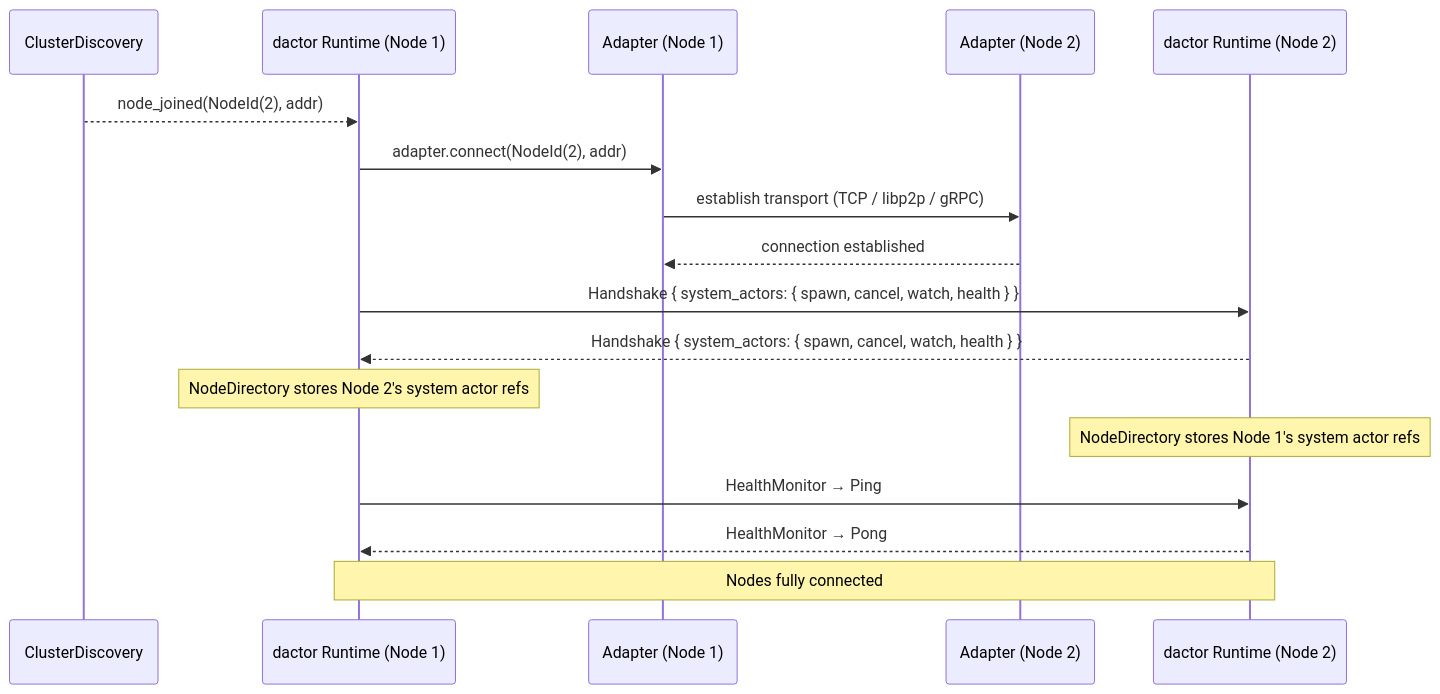
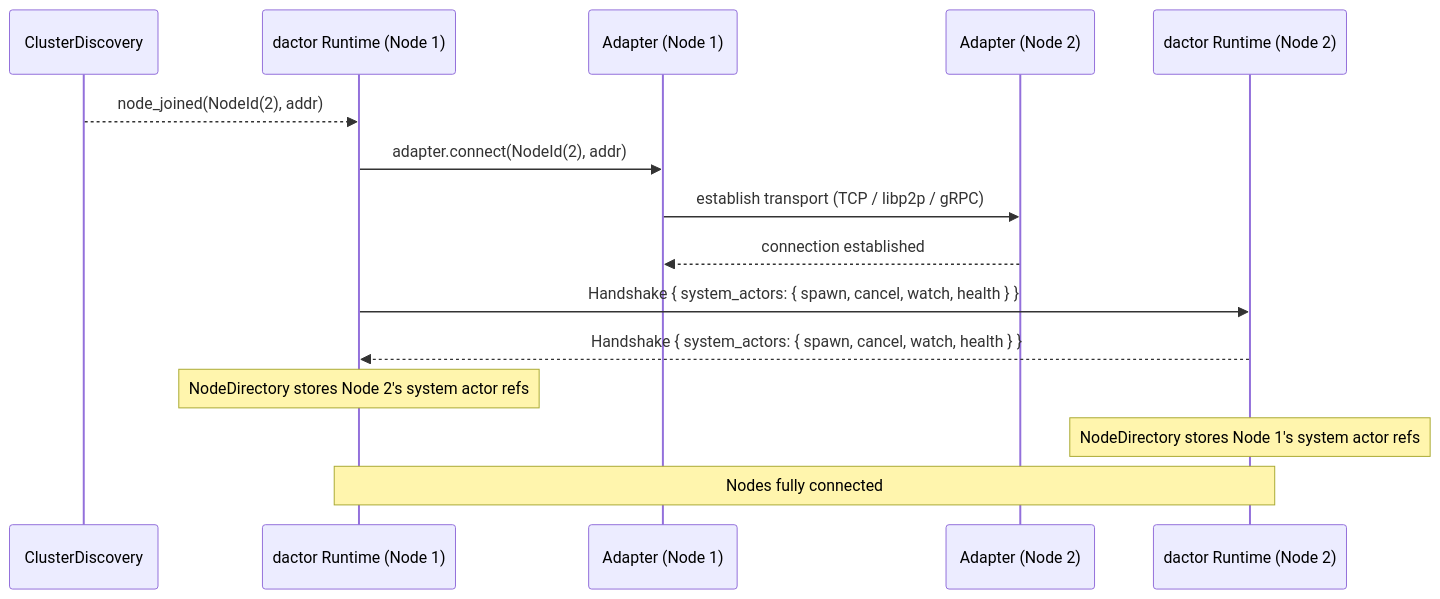
Before and after one commit to ditas-team/dactor: diagram 26 of 30 in docs/design-v0.2.md, drawn with Mermaid. The commit also changed other lines of this file, not shown here.

````diff
--- a/docs/design-v0.2.md
+++ b/docs/design-v0.2.md
@@ -4773,24 +4771,22 @@
 ```mermaid
 sequenceDiagram
     participant CD as ClusterDiscovery
     participant R1 as dactor Runtime (Node 1)
     participant A1 as Adapter (Node 1)
     participant A2 as Adapter (Node 2)
     participant R2 as dactor Runtime (Node 2)
 
     CD-->>R1: node_joined(NodeId(2), addr)
 
     R1->>A1: adapter.connect(NodeId(2), addr)
     A1->>A2: establish transport (TCP / libp2p / gRPC)
     A2-->>A1: connection established
 
     R1->>R2: Handshake { system_actors: { spawn, cancel, watch, health } }
     R2-->>R1: Handshake { system_actors: { spawn, cancel, watch, health } }
 
     Note over R1: NodeDirectory stores Node 2's system actor refs
     Note over R2: NodeDirectory stores Node 1's system actor refs
 
-    R1->>R2: HealthMonitor → Ping
-    R2-->>R1: HealthMonitor → Pong
     Note over R1,R2: Nodes fully connected
 ```
````
